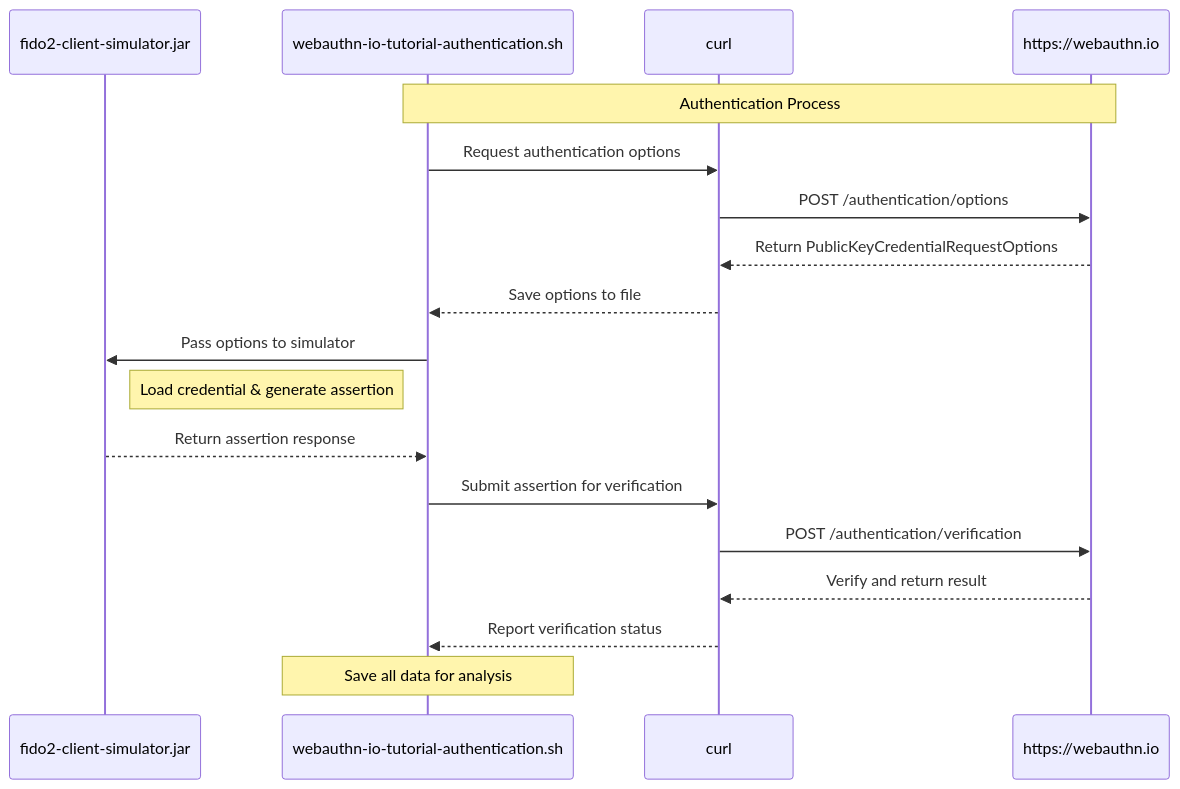
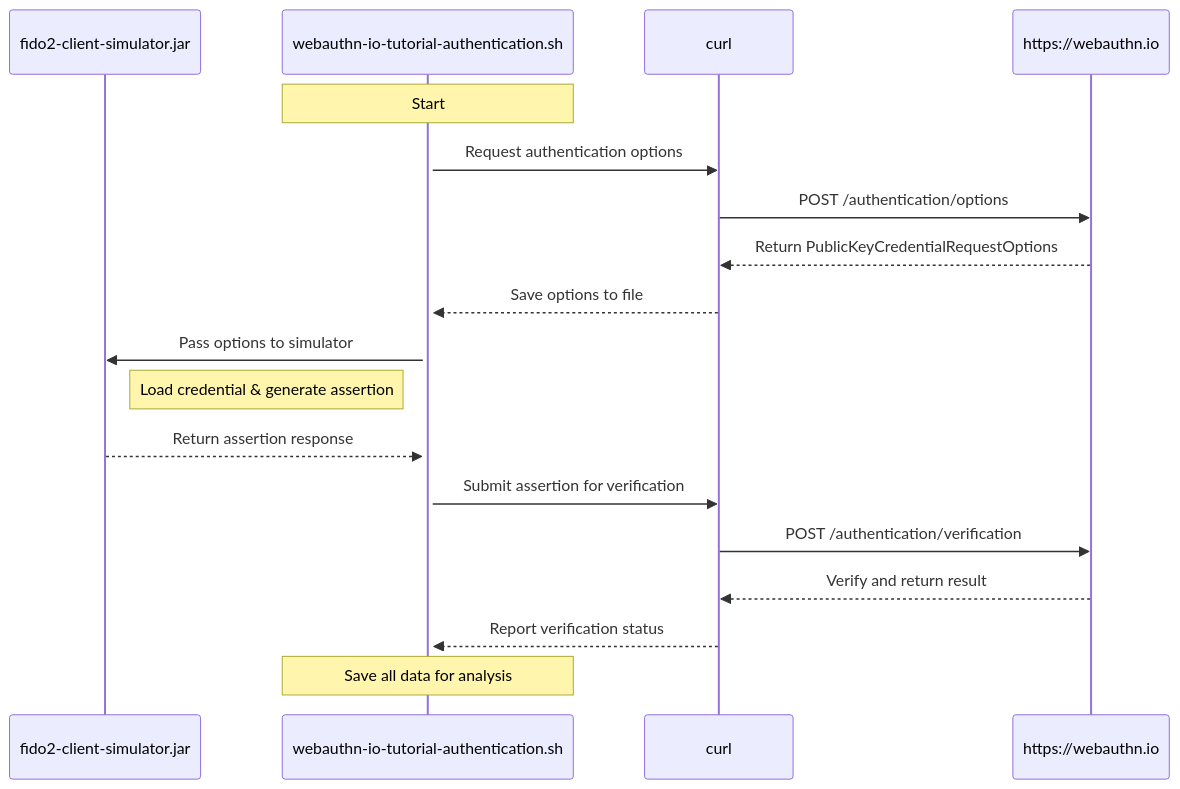
One commit to jordi-murgo/fido2-client-simulator changed the second of 2 diagrams in README.md. Above: the diagram before and after it, drawn with Mermaid. The commit also changed other lines of this file, not shown here.

Commit message:
docs: improve sequence diagram readability by adding activation bars and start notes

````diff
--- a/README.md
+++ b/README.md
@@ -439,25 +440,26 @@
 ```mermaid
 sequenceDiagram
     participant Simulator as fido2-client-simulator.jar
     participant Script as webauthn-io-tutorial-authentication.sh
     participant Curl as curl
     participant WebAuthn as https://webauthn.io
     
-    Note over Script,WebAuthn: Authentication Process
+    activate Script
+    Note over Script: Start
     
     Script->>Curl: Request authentication options
     Curl->>WebAuthn: POST /authentication/options
     WebAuthn-->>Curl: Return PublicKeyCredentialRequestOptions
     Curl-->>Script: Save options to file
     
     Script->>Simulator: Pass options to simulator
     Note right of Simulator: Load credential & generate assertion
     Simulator-->>Script: Return assertion response
     
     Script->>Curl: Submit assertion for verification
     Curl->>WebAuthn: POST /authentication/verification
     WebAuthn-->>Curl: Verify and return result
     Curl-->>Script: Report verification status
     
     Note over Script: Save all data for analysis
 ```
````
